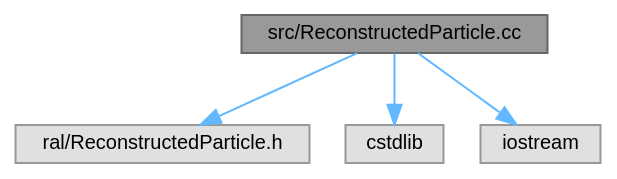
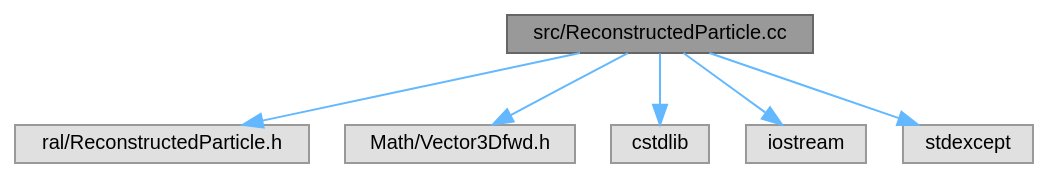
The diagram in docs/ReconstructedParticle_8cc__incl.dot (HEP-FCC/ral), drawn with Graphviz before and after one commit. The commit also changed 1 other file, not shown here.

```diff
--- a/docs/ReconstructedParticle_8cc__incl.dot
+++ b/docs/ReconstructedParticle_8cc__incl.dot
@@ -1,14 +1,18 @@
 digraph "src/ReconstructedParticle.cc"
 {
  // LATEX_PDF_SIZE
   bgcolor="transparent";
   edge [fontname=Helvetica,fontsize=10,labelfontname=Helvetica,labelfontsize=10];
   node [fontname=Helvetica,fontsize=10,shape=box,height=0.2,width=0.4];
   Node1 [id="Node000001",label="src/ReconstructedParticle.cc",height=0.2,width=0.4,color="gray40", fillcolor="grey60", style="filled", fontcolor="black",tooltip=" "];
   Node1 -> Node2 [id="edge1_Node000001_Node000002",color="steelblue1",style="solid",tooltip=" "];
   Node2 [id="Node000002",label="ral/ReconstructedParticle.h",height=0.2,width=0.4,color="grey60", fillcolor="#E0E0E0", style="filled",tooltip=" "];
   Node1 -> Node3 [id="edge2_Node000001_Node000003",color="steelblue1",style="solid",tooltip=" "];
-  Node3 [id="Node000003",label="cstdlib",height=0.2,width=0.4,color="grey60", fillcolor="#E0E0E0", style="filled",tooltip=" "];
+  Node3 [id="Node000003",label="Math/Vector3Dfwd.h",height=0.2,width=0.4,color="grey60", fillcolor="#E0E0E0", style="filled",tooltip=" "];
   Node1 -> Node4 [id="edge3_Node000001_Node000004",color="steelblue1",style="solid",tooltip=" "];
-  Node4 [id="Node000004",label="iostream",height=0.2,width=0.4,color="grey60", fillcolor="#E0E0E0", style="filled",tooltip=" "];
+  Node4 [id="Node000004",label="cstdlib",height=0.2,width=0.4,color="grey60", fillcolor="#E0E0E0", style="filled",tooltip=" "];
+  Node1 -> Node5 [id="edge4_Node000001_Node000005",color="steelblue1",style="solid",tooltip=" "];
+  Node5 [id="Node000005",label="iostream",height=0.2,width=0.4,color="grey60", fillcolor="#E0E0E0", style="filled",tooltip=" "];
+  Node1 -> Node6 [id="edge5_Node000001_Node000006",color="steelblue1",style="solid",tooltip=" "];
+  Node6 [id="Node000006",label="stdexcept",height=0.2,width=0.4,color="grey60", fillcolor="#E0E0E0", style="filled",tooltip=" "];
 }
```
